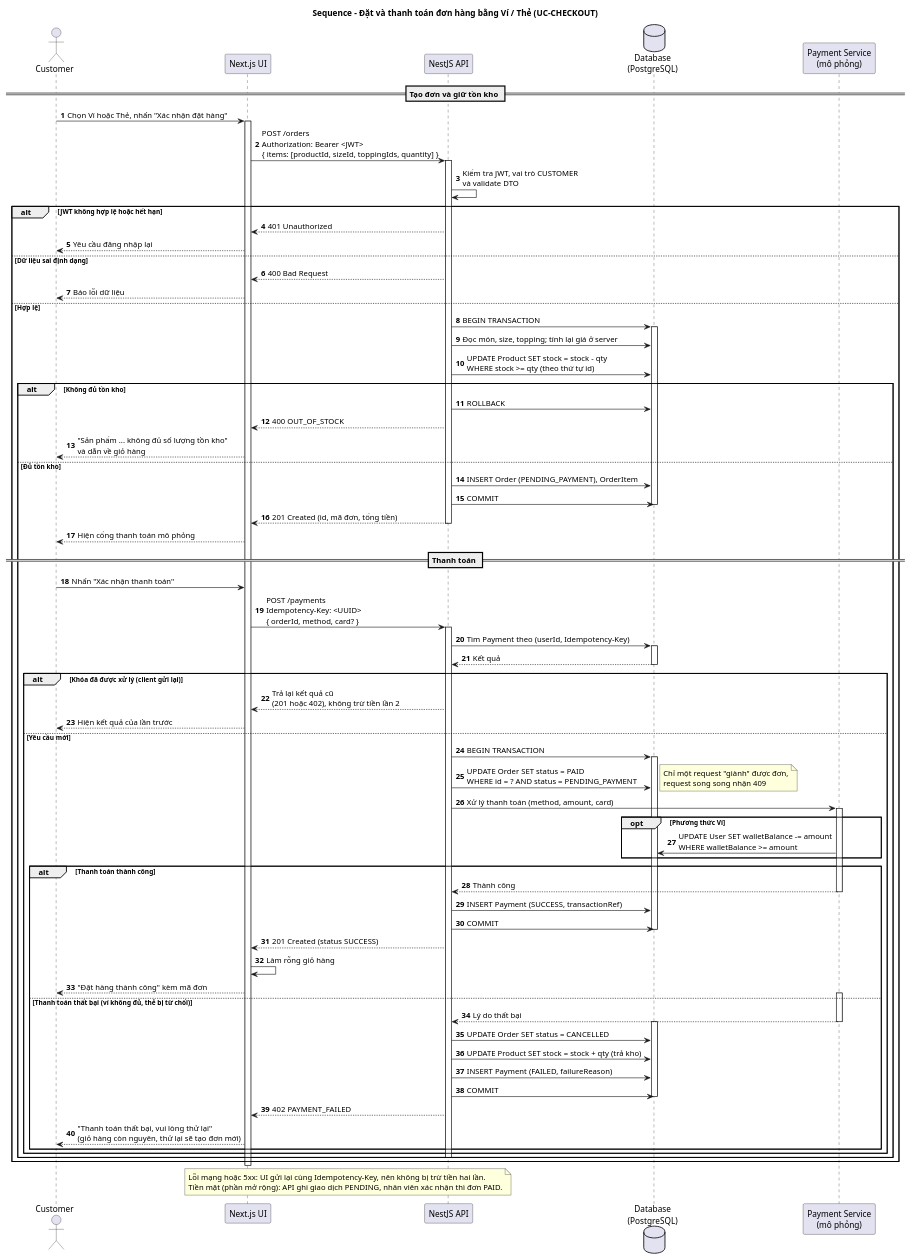
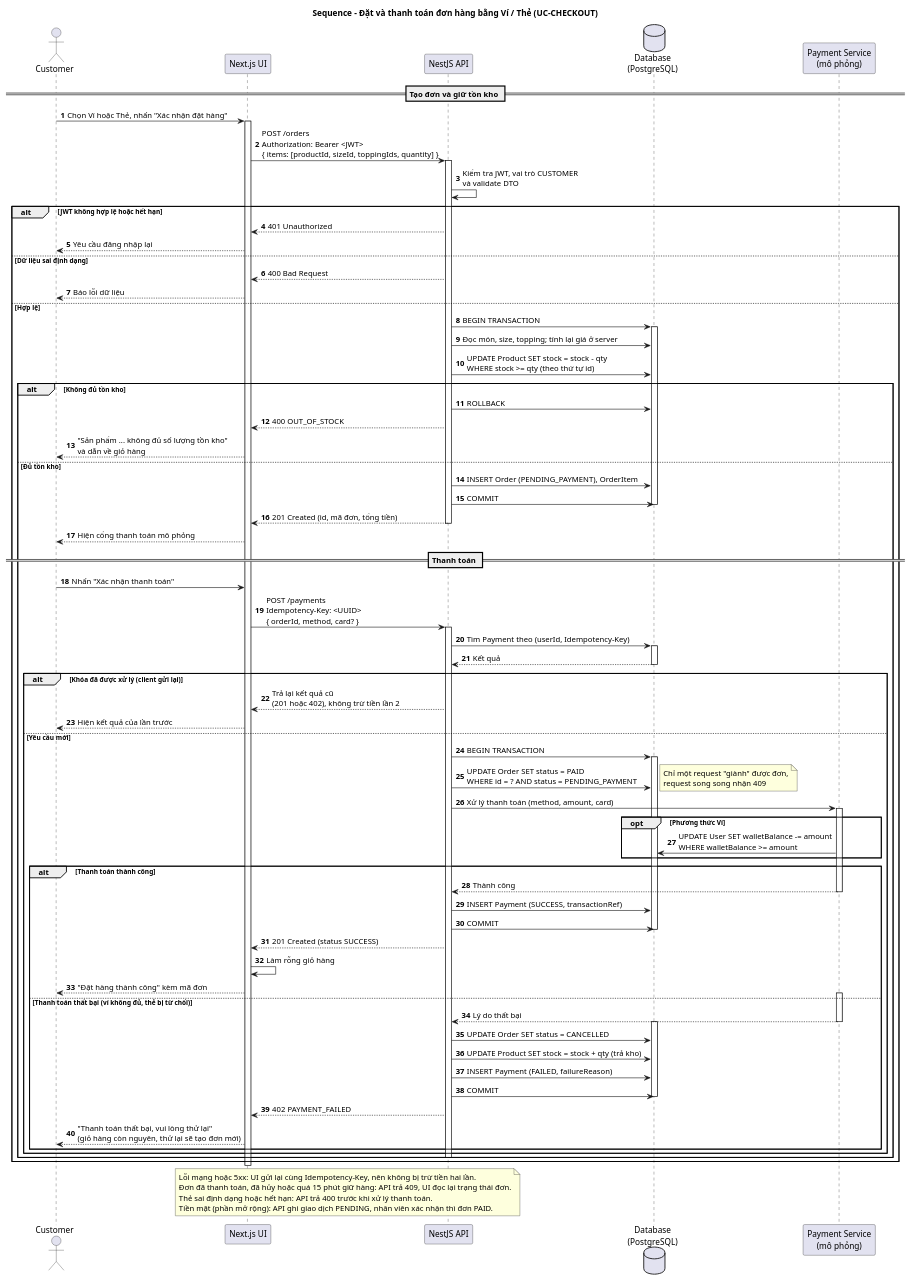
One commit to Nashando/BrewLite-SWE-project changed the diagram in docs/diagrams/sequence-checkout.puml. Above: the diagram before and after it, drawn with PlantUML. The commit also changed 6 other files, not shown here.

```diff
--- a/docs/diagrams/sequence-checkout.puml
+++ b/docs/diagrams/sequence-checkout.puml
@@ -1,96 +1,98 @@
 @startuml sequence-checkout
 title Sequence - Đặt và thanh toán đơn hàng bằng Ví / Thẻ (UC-CHECKOUT)
 autonumber
 skinparam responseMessageBelowArrow true
 
 actor "Customer" as Customer
 participant "Next.js UI" as UI
 participant "NestJS API" as API
 database "Database\n(PostgreSQL)" as DB
 participant "Payment Service\n(mô phỏng)" as Pay
 
 == Tạo đơn và giữ tồn kho ==
 Customer -> UI : Chọn Ví hoặc Thẻ, nhấn "Xác nhận đặt hàng"
 activate UI
 UI -> API : POST /orders\nAuthorization: Bearer <JWT>\n{ items: [productId, sizeId, toppingIds, quantity] }
 activate API
 API -> API : Kiểm tra JWT, vai trò CUSTOMER\nvà validate DTO
 
 alt JWT không hợp lệ hoặc hết hạn
   API --> UI : 401 Unauthorized
   UI --> Customer : Yêu cầu đăng nhập lại
 else Dữ liệu sai định dạng
   API --> UI : 400 Bad Request
   UI --> Customer : Báo lỗi dữ liệu
 else Hợp lệ
   API -> DB : BEGIN TRANSACTION
   activate DB
   API -> DB : Đọc món, size, topping; tính lại giá ở server
   API -> DB : UPDATE Product SET stock = stock - qty\nWHERE stock >= qty (theo thứ tự id)
   alt Không đủ tồn kho
     API -> DB : ROLLBACK
     API --> UI : 400 OUT_OF_STOCK
     UI --> Customer : "Sản phẩm ... không đủ số lượng tồn kho"\nvà dẫn về giỏ hàng
   else Đủ tồn kho
     API -> DB : INSERT Order (PENDING_PAYMENT), OrderItem
     API -> DB : COMMIT
     deactivate DB
     API --> UI : 201 Created (id, mã đơn, tổng tiền)
     deactivate API
     UI --> Customer : Hiện cổng thanh toán mô phỏng
 
     == Thanh toán ==
     Customer -> UI : Nhấn "Xác nhận thanh toán"
     UI -> API : POST /payments\nIdempotency-Key: <UUID>\n{ orderId, method, card? }
     activate API
     API -> DB : Tìm Payment theo (userId, Idempotency-Key)
     activate DB
     DB --> API : Kết quả
     deactivate DB
 
     alt Khóa đã được xử lý (client gửi lại)
       API --> UI : Trả lại kết quả cũ\n(201 hoặc 402), không trừ tiền lần 2
       UI --> Customer : Hiện kết quả của lần trước
     else Yêu cầu mới
       API -> DB : BEGIN TRANSACTION
       activate DB
       API -> DB : UPDATE Order SET status = PAID\nWHERE id = ? AND status = PENDING_PAYMENT
       note right : Chỉ một request "giành" được đơn,\nrequest song song nhận 409
       API -> Pay : Xử lý thanh toán (method, amount, card)
       activate Pay
       opt Phương thức Ví
         Pay -> DB : UPDATE User SET walletBalance -= amount\nWHERE walletBalance >= amount
       end
       alt Thanh toán thành công
         Pay --> API : Thành công
         deactivate Pay
         API -> DB : INSERT Payment (SUCCESS, transactionRef)
         API -> DB : COMMIT
         deactivate DB
         API --> UI : 201 Created (status SUCCESS)
         UI -> UI : Làm rỗng giỏ hàng
         UI --> Customer : "Đặt hàng thành công" kèm mã đơn
       else Thanh toán thất bại (ví không đủ, thẻ bị từ chối)
         activate Pay
         Pay --> API : Lý do thất bại
         deactivate Pay
         activate DB
         API -> DB : UPDATE Order SET status = CANCELLED
         API -> DB : UPDATE Product SET stock = stock + qty (trả kho)
         API -> DB : INSERT Payment (FAILED, failureReason)
         API -> DB : COMMIT
         deactivate DB
         API --> UI : 402 PAYMENT_FAILED
         UI --> Customer : "Thanh toán thất bại, vui lòng thử lại"\n(giỏ hàng còn nguyên, thử lại sẽ tạo đơn mới)
       end
     end
     deactivate API
   end
 end
 deactivate UI
 
 note over UI, API
   Lỗi mạng hoặc 5xx: UI gửi lại cùng Idempotency-Key, nên không bị trừ tiền hai lần.
+  Đơn đã thanh toán, đã hủy hoặc quá 15 phút giữ hàng: API trả 409, UI đọc lại trạng thái đơn.
+  Thẻ sai định dạng hoặc hết hạn: API trả 400 trước khi xử lý thanh toán.
   Tiền mặt (phần mở rộng): API ghi giao dịch PENDING, nhân viên xác nhận thì đơn PAID.
 end note
 @enduml
```
